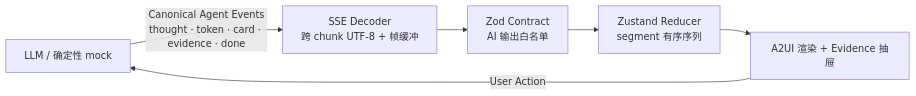
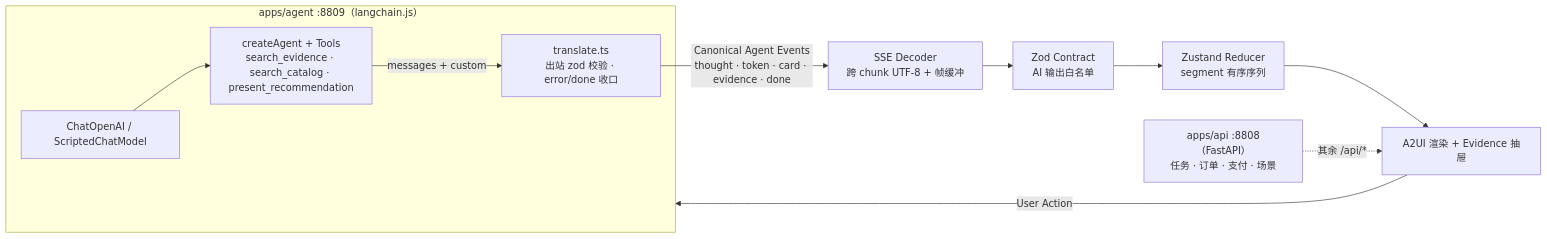
The diagram in README.md (ggbdpq/agent-hub), drawn with Mermaid before and after one commit. The commit also changed other lines of this file and 16 other files, not shown here.

````diff
--- a/README.md
+++ b/README.md
@@ -11,8 +11,13 @@
 ```mermaid
 flowchart LR
-    LLM["LLM / 确定性 mock"] -->|"Canonical Agent Events<br/>thought · token · card · evidence · done"| SSE["SSE Decoder<br/>跨 chunk UTF-8 + 帧缓冲"]
+    subgraph AGENT["apps/agent :8809（langchain.js）"]
+        LLM["ChatOpenAI / ScriptedChatModel"] --> LOOP["createAgent + Tools<br/>search_evidence · search_catalog · present_recommendation"]
+        LOOP -->|messages + custom| TR["translate.ts<br/>出站 zod 校验 · error/done 收口"]
+    end
+    TR -->|"Canonical Agent Events<br/>thought · token · card · evidence · done"| SSE["SSE Decoder<br/>跨 chunk UTF-8 + 帧缓冲"]
     SSE --> ZOD["Zod Contract<br/>AI 输出白名单"]
     ZOD --> STORE["Zustand Reducer<br/>segment 有序序列"]
     STORE --> UI["A2UI 渲染 + Evidence 抽屉"]
-    UI -->|User Action| LLM
+    UI -->|User Action| AGENT
+    API["apps/api :8808（FastAPI）<br/>任务 · 订单 · 支付 · 场景"] -.->|其余 /api/*| UI
 ```
````
